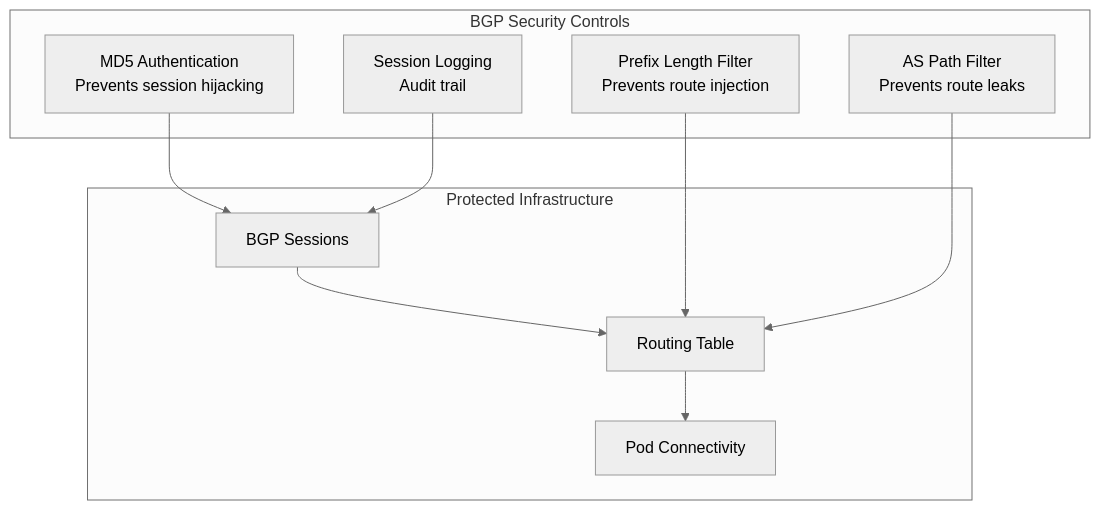
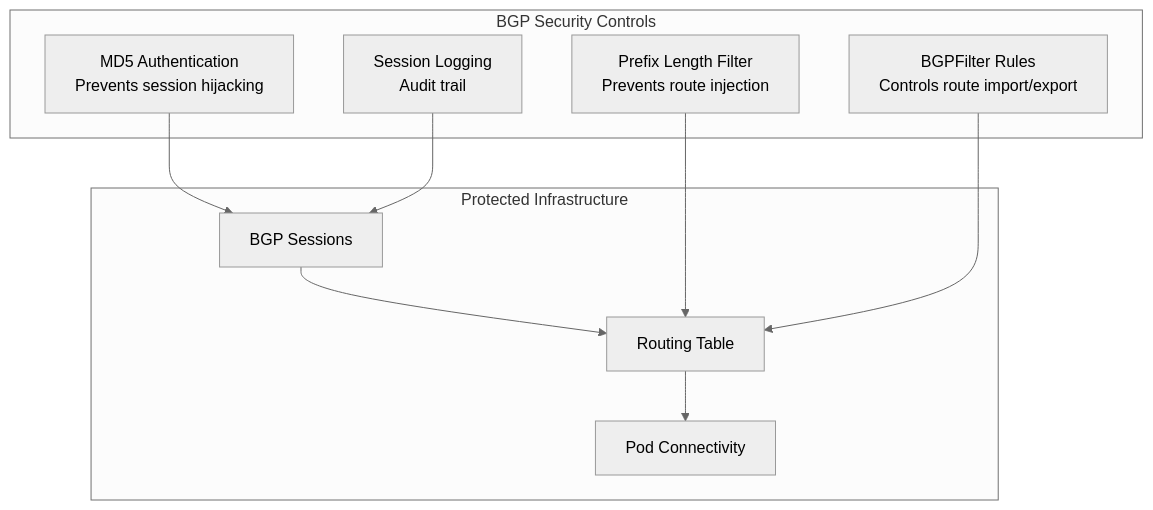
One commit to OneUptime/blog changed the diagram in posts/2026-03-13-configure-bgp-security-designs-calico/README.md. Above: the diagram before and after it, drawn with Mermaid (neutral theme). The commit also changed other lines of this file and 2 other files, not shown here.

````diff
--- a/posts/2026-03-13-configure-bgp-security-designs-calico/README.md
+++ b/posts/2026-03-13-configure-bgp-security-designs-calico/README.md
@@ -87,17 +117,17 @@
 ```mermaid
 graph TB
     subgraph BGP Security Controls
         L1[MD5 Authentication\nPrevents session hijacking]
         L2[Prefix Length Filter\nPrevents route injection]
-        L3[AS Path Filter\nPrevents route leaks]
+        L3[BGPFilter Rules\nControls route import/export]
         L4[Session Logging\nAudit trail]
     end
     subgraph Protected Infrastructure
         BGP_SESSION[BGP Sessions] --> ROUTING[Routing Table]
         ROUTING --> PODS[Pod Connectivity]
     end
     L1 --> BGP_SESSION
     L2 --> ROUTING
     L3 --> ROUTING
     L4 --> BGP_SESSION
 ```
````
